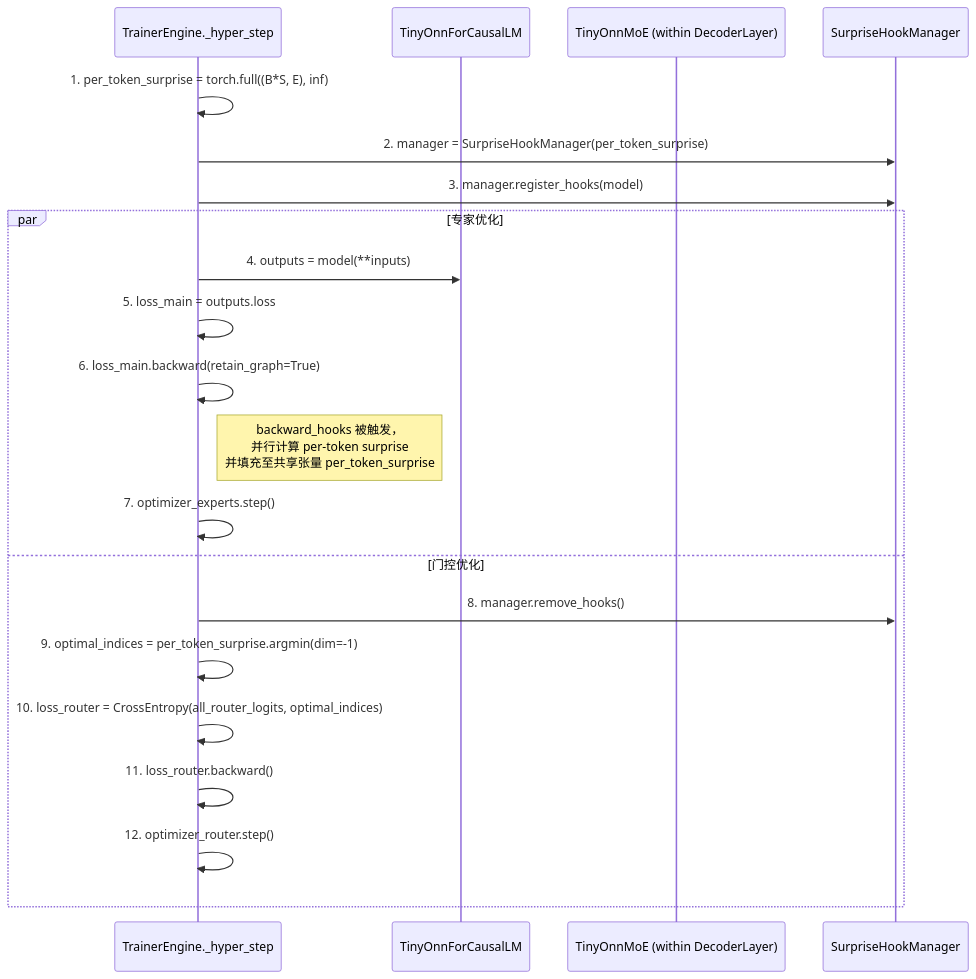
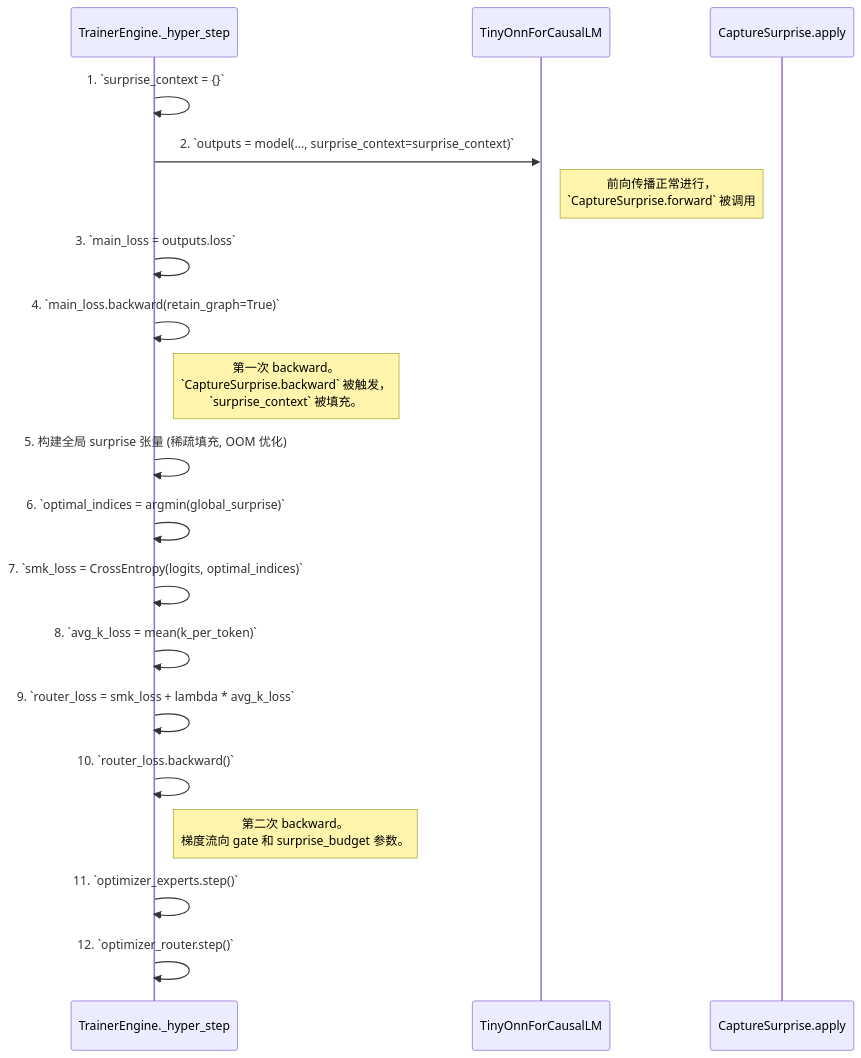
The diagram in .roo/rules/architecture.md (dmf-archive/Tiny-ONN), drawn with Mermaid before and after one commit. The commit also changed other lines of this file and 28 other files, not shown here.

Commit message:
Add comprehensive test suite and improve autograd surprise

````diff
--- a/.roo/rules/architecture.md
+++ b/.roo/rules/architecture.md
@@ -33,25 +32,29 @@
 ```mermaid
 sequenceDiagram
     participant Trainer as TrainerEngine._hyper_step
     participant Model as TinyOnnForCausalLM
-    participant MoE as TinyOnnMoE (within DecoderLayer)
-    participant Manager as SurpriseHookManager
-
-    Trainer->>Trainer: 1. per_token_surprise = torch.full((B*S, E), inf)
-    Trainer->>Manager: 2. manager = SurpriseHookManager(per_token_surprise)
-    Trainer->>Manager: 3. manager.register_hooks(model)
-
-    par 专家优化
-        Trainer->>Model: 4. outputs = model(**inputs)
-        Trainer->>Trainer: 5. loss_main = outputs.loss
-        Trainer->>Trainer: 6. loss_main.backward(retain_graph=True)
-        Note right of Trainer: backward_hooks 被触发，<br>并行计算 per-token surprise <br>并填充至共享张量 per_token_surprise
-        Trainer->>Trainer: 7. optimizer_experts.step()
-    and 门控优化
-        Trainer->>Manager: 8. manager.remove_hooks()
-        Trainer->>Trainer: 9. optimal_indices = per_token_surprise.argmin(dim=-1)
-        Trainer->>Trainer: 10. loss_router = CrossEntropy(all_router_logits, optimal_indices)
-        Trainer->>Trainer: 11. loss_router.backward()
-        Trainer->>Trainer: 12. optimizer_router.step()
-    end
+    participant Autograd as CaptureSurprise.apply
+    
+    Trainer->>Trainer: 1. `surprise_context = {}`
+    Trainer->>Model: 2. `outputs = model(..., surprise_context=surprise_context)`
+    
+    Note right of Model: 前向传播正常进行，<br/>`CaptureSurprise.forward` 被调用
+    
+    Trainer->>Trainer: 3. `main_loss = outputs.loss`
+    Trainer->>Trainer: 4. `main_loss.backward(retain_graph=True)`
+    
+    Note right of Trainer: 第一次 backward。<br/>`CaptureSurprise.backward` 被触发，<br/>`surprise_context` 被填充。
+    
+    Trainer->>Trainer: 5. 构建全局 surprise 张量 (稀疏填充, OOM 优化)
+    Trainer->>Trainer: 6. `optimal_indices = argmin(global_surprise)`
+    Trainer->>Trainer: 7. `smk_loss = CrossEntropy(logits, optimal_indices)`
+    Trainer->>Trainer: 8. `avg_k_loss = mean(k_per_token)`
+    Trainer->>Trainer: 9. `router_loss = smk_loss + lambda * avg_k_loss`
+    
+    Trainer->>Trainer: 10. `router_loss.backward()`
+    
+    Note right of Trainer: 第二次 backward。<br/>梯度流向 gate 和 surprise_budget 参数。
+    
+    Trainer->>Trainer: 11. `optimizer_experts.step()`
+    Trainer->>Trainer: 12. `optimizer_router.step()`
 ```
````
